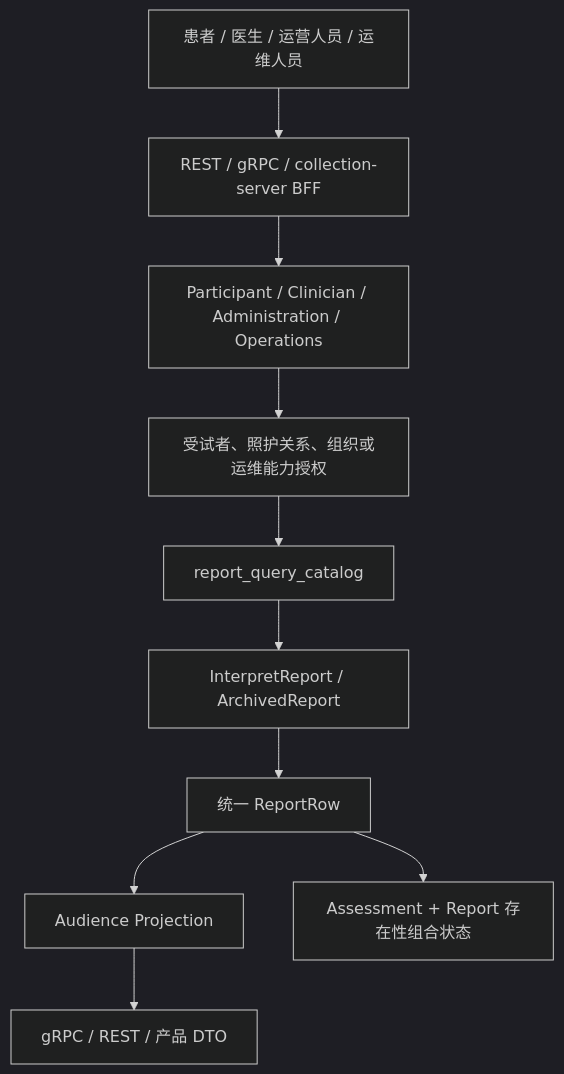
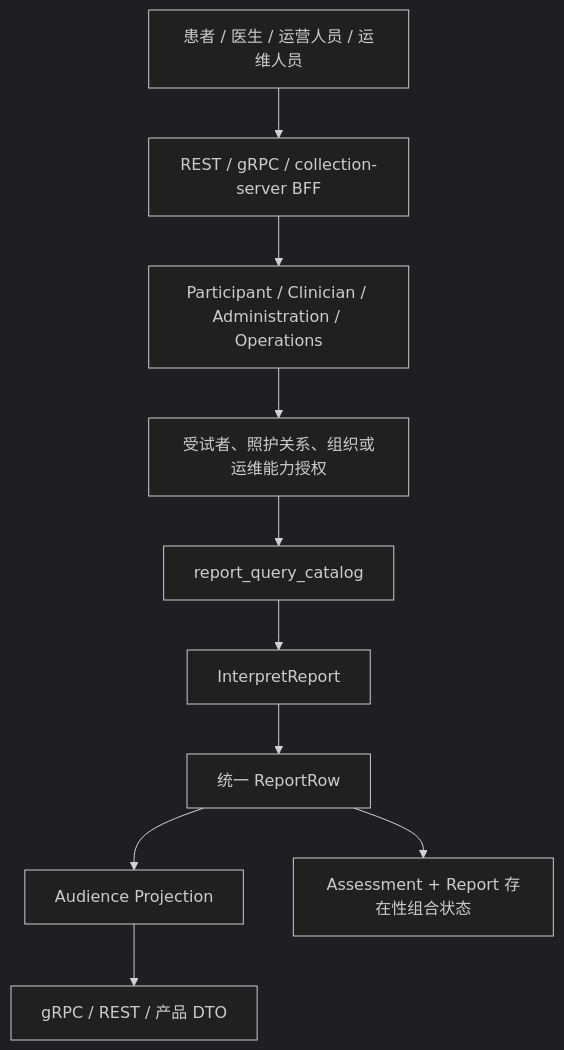
One commit to FangcunMount/qs-server changed the first of 3 diagrams in docs/02-业务模块/40-interpretation/31-关键链路-从报告查询到组合状态.md. Above: the diagram before and after it, drawn with Mermaid (dark theme). The commit also changed other lines of this file and 50 other files, not shown here.

````diff
--- a/docs/02-业务模块/40-interpretation/31-关键链路-从报告查询到组合状态.md
+++ b/docs/02-业务模块/40-interpretation/31-关键链路-从报告查询到组合状态.md
@@ -152,17 +151,17 @@
 ```mermaid
 flowchart TD
     Caller["患者 / 医生 / 运营人员 / 运维人员"]
     Entry["REST / gRPC / collection-server BFF"]
     Actor["Participant / Clinician / Administration / Operations"]
     Auth["受试者、照护关系、组织或运维能力授权"]
     Catalog["report_query_catalog"]
-    Body["InterpretReport / ArchivedReport"]
+    Body["InterpretReport"]
     Row["统一 ReportRow"]
     Audience["Audience Projection"]
     DTO["gRPC / REST / 产品 DTO"]
     State["Assessment + Report 存在性组合状态"]
 
     Caller --> Entry --> Actor --> Auth
     Auth --> Catalog --> Body --> Row --> Audience --> DTO
     Row --> State
 ```
````
